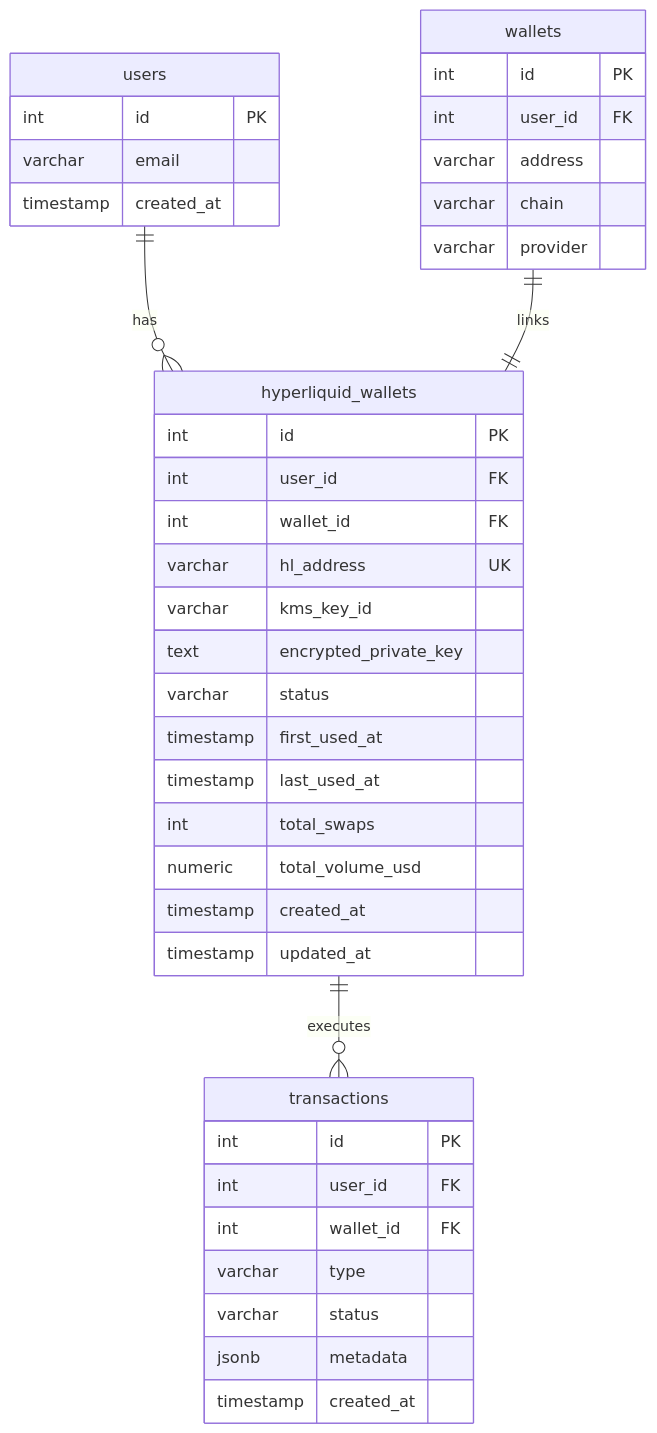
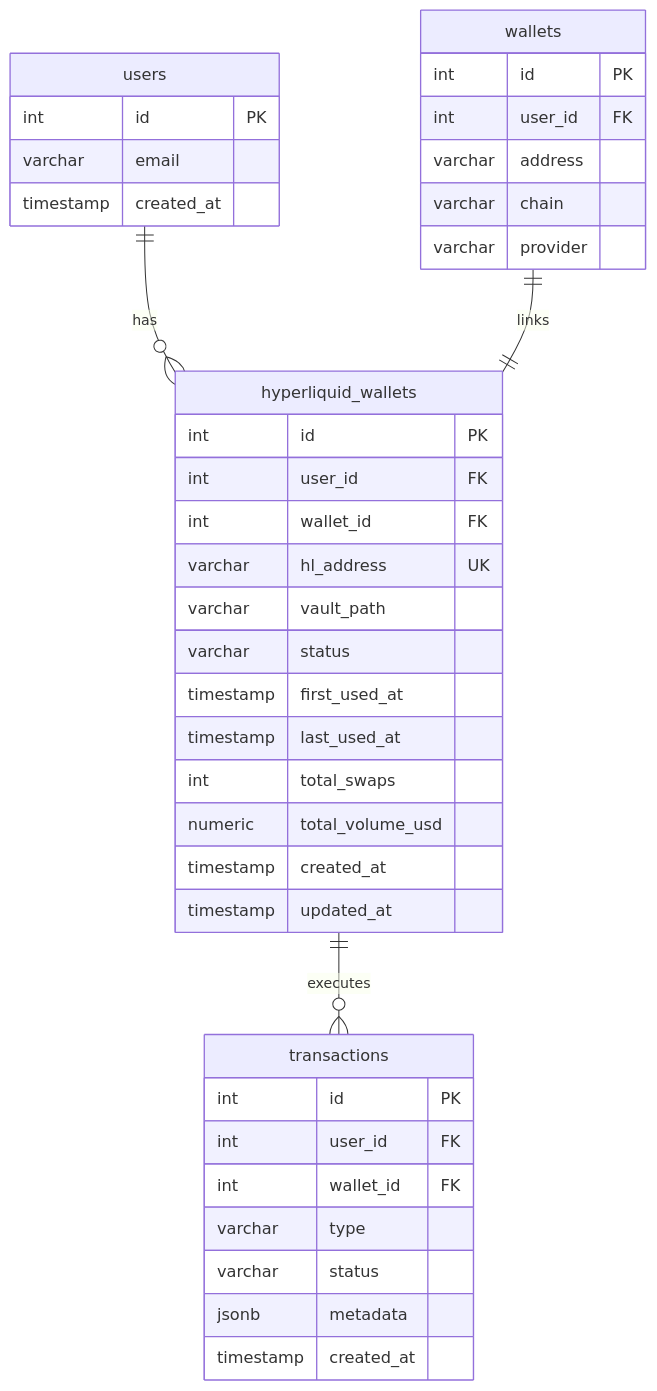
The fifth of 5 diagrams in docs/ceo/agents/swap/backend/01_HYPERLIQUID_WALLET_MANAGEMENT_SPEC.md (fabian416/anvil_backend), drawn with Mermaid before and after one commit. The commit also changed other lines of this file and 3 other files, not shown here.

First line of the commit message:
docs: Update wallet spec to use HashiCorp Vault instead of AWS KMS

````diff
--- a/docs/ceo/agents/swap/backend/01_HYPERLIQUID_WALLET_MANAGEMENT_SPEC.md
+++ b/docs/ceo/agents/swap/backend/01_HYPERLIQUID_WALLET_MANAGEMENT_SPEC.md
@@ -200,46 +263,45 @@
 ```mermaid
 erDiagram
     users ||--o{ hyperliquid_wallets : "has"
     wallets ||--|| hyperliquid_wallets : "links"
     hyperliquid_wallets ||--o{ transactions : "executes"
 
     users {
         int id PK
         varchar email
         timestamp created_at
     }
 
     wallets {
         int id PK
         int user_id FK
         varchar address
         varchar chain
         varchar provider
     }
 
     hyperliquid_wallets {
         int id PK
         int user_id FK
         int wallet_id FK
         varchar hl_address UK
-        varchar kms_key_id
-        text encrypted_private_key
+        varchar vault_path
         varchar status
         timestamp first_used_at
         timestamp last_used_at
         int total_swaps
         numeric total_volume_usd
         timestamp created_at
         timestamp updated_at
     }
 
     transactions {
         int id PK
         int user_id FK
         int wallet_id FK
         varchar type
         varchar status
         jsonb metadata
         timestamp created_at
     }
 ```
````
